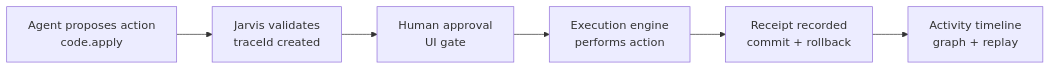
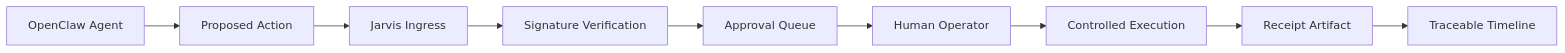
The first of 2 diagrams in README.md (GitBenTank/jarvis-hud), drawn with Mermaid before and after one commit. The commit also changed other lines of this file and 1 other file, not shown here.

First line of the commit message:
docs: GitHub-facing story — control plane architecture and polished README

````diff
--- a/README.md
+++ b/README.md
@@ -48,11 +61,11 @@
 ```mermaid
 flowchart LR
-    A[Agent proposes action<br/>code.apply]
-    B[Jarvis validates<br/>traceId created]
-    C[Human approval<br/>UI gate]
-    D[Execution engine<br/>performs action]
-    E[Receipt recorded<br/>commit + rollback]
-    F[Activity timeline<br/>graph + replay]
-
-    A --> B --> C --> D --> E --> F
+    A[OpenClaw Agent] --> B[Proposed Action]
+    B --> C[Jarvis Ingress]
+    C --> D[Signature Verification]
+    D --> E[Approval Queue]
+    E --> F[Human Operator]
+    F --> G[Controlled Execution]
+    G --> H[Receipt Artifact]
+    H --> I[Traceable Timeline]
 ```
````
